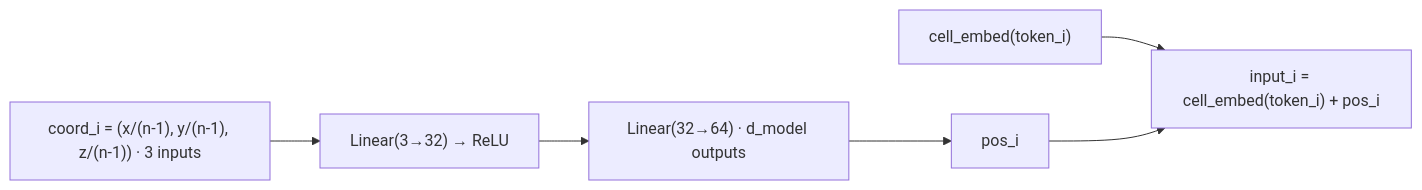
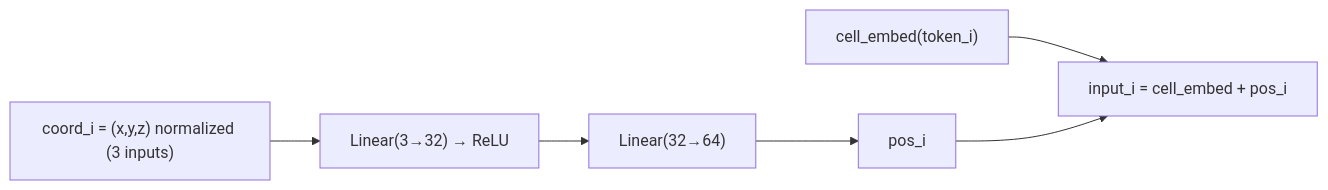
Before and after one commit to darkslayer-ns/3d-tiktactoe: the fourth of 12 diagrams in README.md, drawn with Mermaid. The commit also changed other lines of this file, not shown here.

First line of the commit message:
docs: compact mermaid labels + Go-solver dataset generation

````diff
--- a/README.md
+++ b/README.md
@@ -177,8 +204,8 @@
 ```mermaid
 flowchart LR
-    CI["coord_i = (x/(n-1), y/(n-1), z/(n-1)) · 3 inputs"] --> L1["Linear(3→32) → ReLU"]
-    L1 --> L2["Linear(32→64) · d_model outputs"]
+    CI["coord_i = (x,y,z) normalized (3 inputs)"] --> L1["Linear(3→32) → ReLU"]
+    L1 --> L2["Linear(32→64)"]
     L2 --> PI["pos_i"]
-    CE["cell_embed(token_i)"] --> SUM["input_i = cell_embed(token_i) + pos_i"]
+    CE["cell_embed(token_i)"] --> SUM["input_i = cell_embed + pos_i"]
     PI --> SUM
 ```
````
